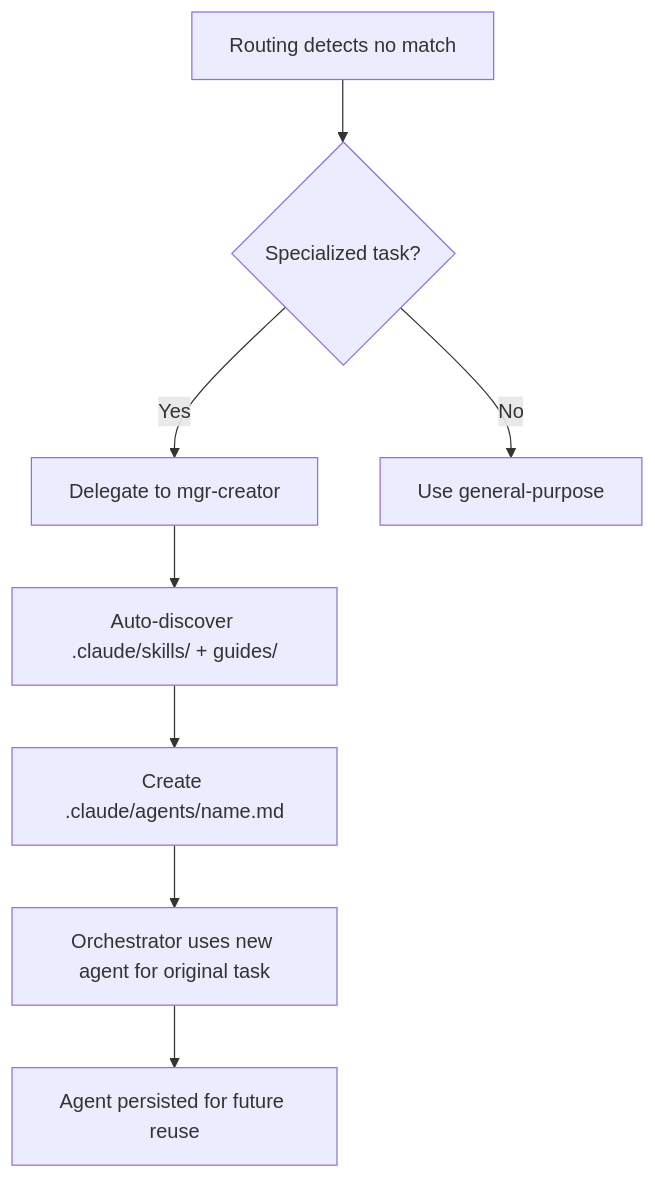
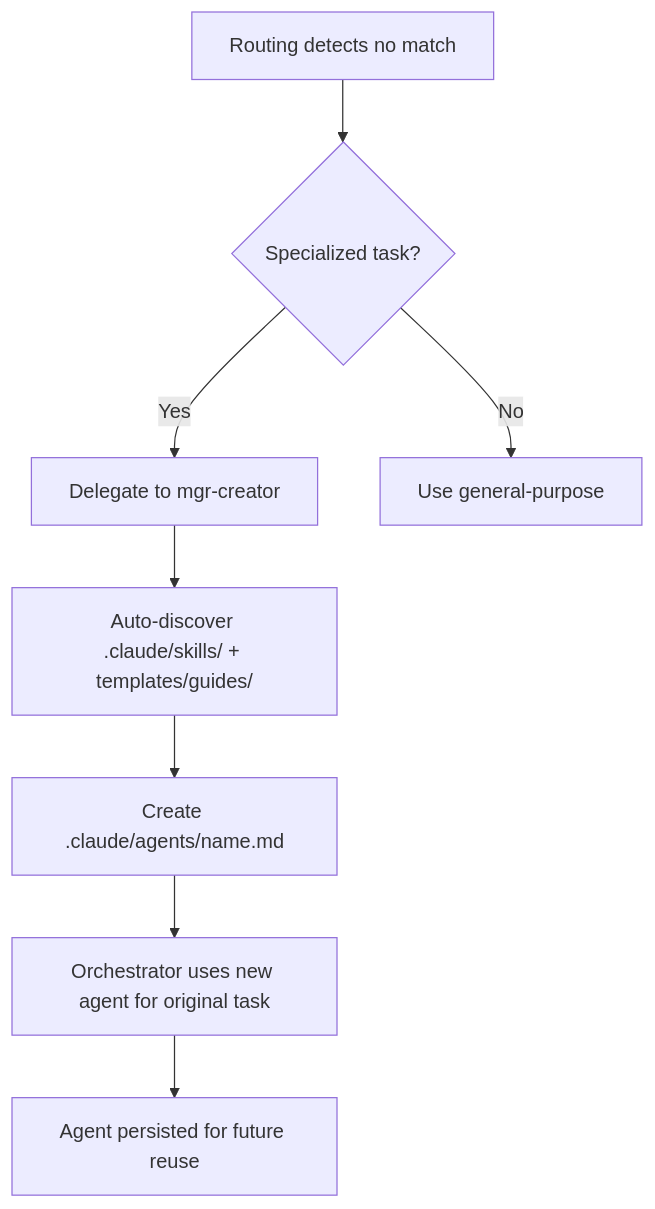
Before and after one commit to baekenough/oh-my-customcode: the fourth of 6 diagrams in ARCHITECTURE.md, drawn with Mermaid. The commit also changed 16 other files, not shown here.

First line of the commit message:
refactor: remove root guides/ — migrate all references to templates/guides/ (#300)

````diff
--- a/ARCHITECTURE.md
+++ b/ARCHITECTURE.md
@@ -197,10 +197,10 @@
 ```mermaid
 flowchart TD
     A[Routing detects no match] --> B{Specialized task?}
     B -- Yes --> C[Delegate to mgr-creator]
     B -- No --> D[Use general-purpose]
-    C --> E[Auto-discover .claude/skills/ + guides/]
+    C --> E[Auto-discover .claude/skills/ + templates/guides/]
     E --> F[Create .claude/agents/name.md]
     F --> G[Orchestrator uses new agent for original task]
     G --> H[Agent persisted for future reuse]
 ```
````
